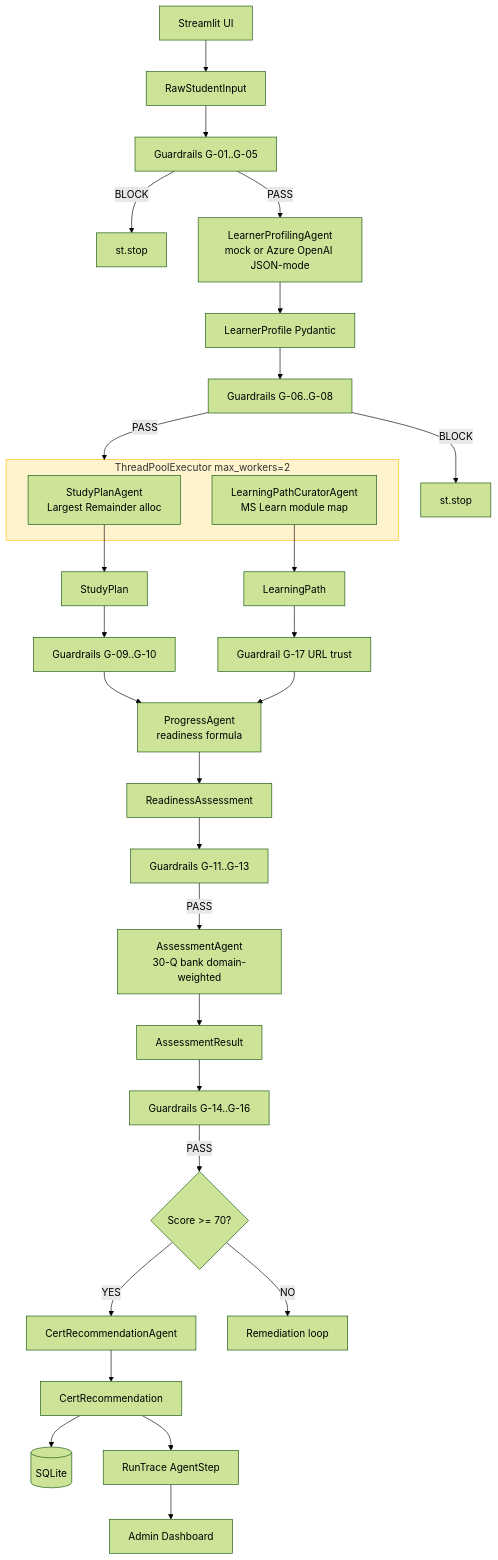
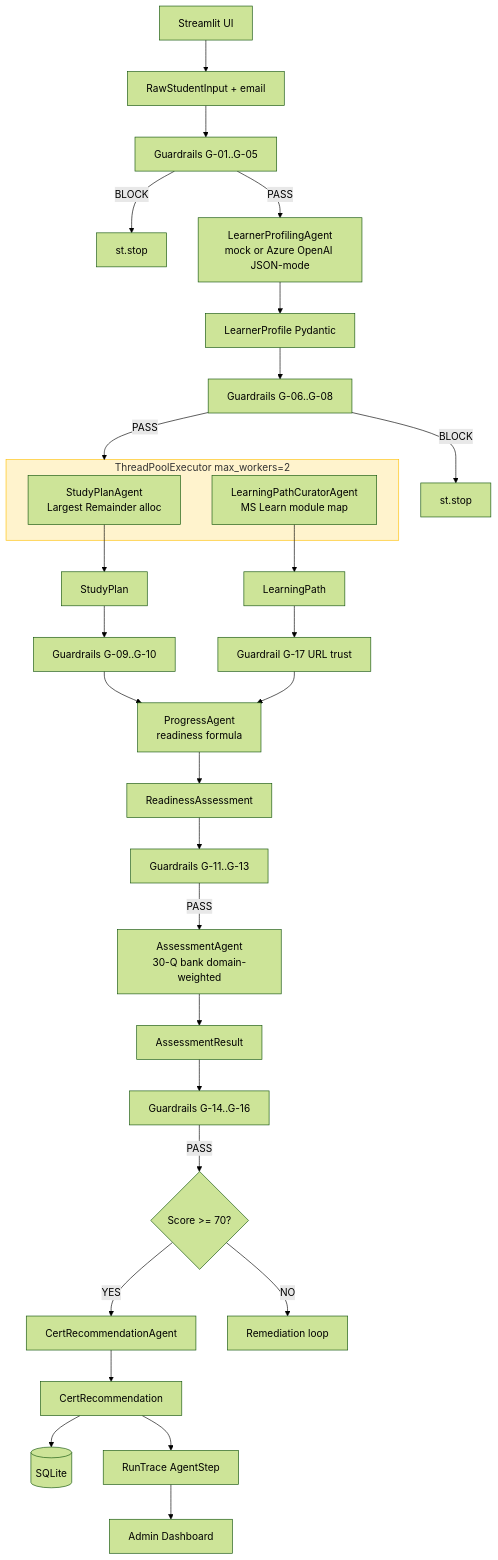
The second of 2 diagrams in README.md (athiq-ahmed/agentsleague), drawn with Mermaid (forest theme) before and after one commit. The commit also changed other lines of this file and 12 other files, not shown here.

First line of the commit message:
feat: email intake field, user flow + tech docs + judge playbook, move PDFs to generated/

````diff
--- a/README.md
+++ b/README.md
@@ -69,37 +133,37 @@
 ```mermaid
 flowchart TD
-    UI[Streamlit UI] --> RAW[RawStudentInput]
+    UI[Streamlit UI] --> RAW[RawStudentInput + email]
     RAW --> GI[Guardrails G-01..G-05]
     GI -- BLOCK --> STOP1[st.stop]
     GI -- PASS --> B0A[LearnerProfilingAgent\nmock or Azure OpenAI JSON-mode]
     B0A --> LP[LearnerProfile Pydantic]
     LP --> GPR[Guardrails G-06..G-08]
     GPR -- BLOCK --> STOP2[st.stop]
     GPR -- PASS --> FANOUT
 
     subgraph FANOUT[ThreadPoolExecutor max_workers=2]
         SP[StudyPlanAgent\nLargest Remainder alloc]
         LPC[LearningPathCuratorAgent\nMS Learn module map]
     end
 
     SP --> PLAN[StudyPlan]
     LPC --> PATH[LearningPath]
     PLAN --> GPL[Guardrails G-09..G-10]
     PATH --> GPH[Guardrail G-17 URL trust]
     GPL --> PROG[ProgressAgent\nreadiness formula]
     GPH --> PROG
     PROG --> RA[ReadinessAssessment]
     RA --> GPG[Guardrails G-11..G-13]
     GPG -- PASS --> B2[AssessmentAgent\n30-Q bank domain-weighted]
     B2 --> AR[AssessmentResult]
     AR --> GAS[Guardrails G-14..G-16]
     GAS -- PASS --> ROUTE{Score >= 70?}
     ROUTE -- YES --> B3[CertRecommendationAgent]
     ROUTE -- NO --> REM[Remediation loop]
     B3 --> CREC[CertRecommendation]
     CREC --> DB[(SQLite)]
     CREC --> TRACE[RunTrace AgentStep]
     TRACE --> ADMIN[Admin Dashboard]
 
     style FANOUT fill:#FFF3CD,stroke:#FFC107
 ```
````
